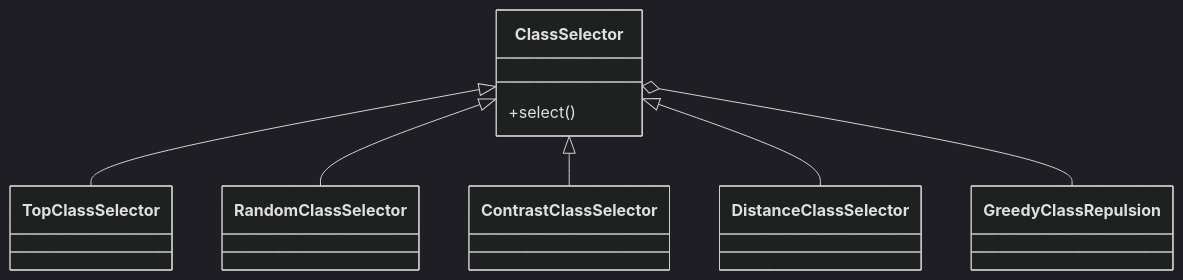
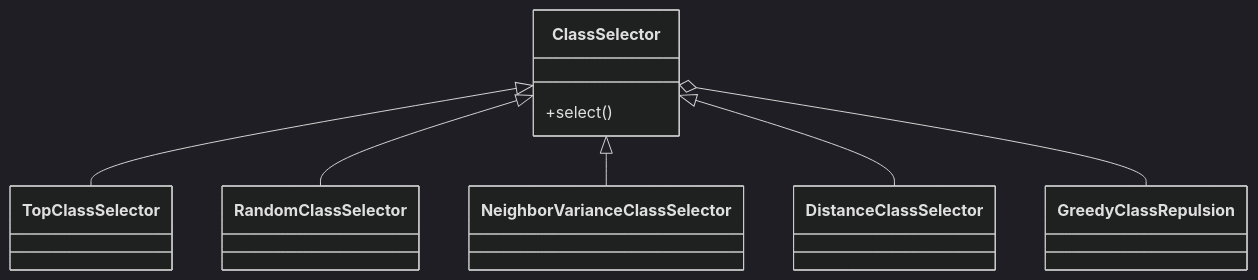
Before and after one commit to ComputationalCryoEM/ASPIRE-Python: the fourth of 6 diagrams in docs/source/class_source.rst, drawn with Mermaid (dark theme). The commit also changed 3 other files, not shown here.

Commit message:
Rename ContrastClassSelector NeighborVarianceClassSelector

```diff
--- a/docs/source/class_source.rst
+++ b/docs/source/class_source.rst
@@ -151,11 +151,11 @@
 .. mermaid::
 
    classDiagram
       class ClassSelector{
 	 +select()
 	 }
        ClassSelector <|-- TopClassSelector
        ClassSelector <|-- RandomClassSelector
-       ClassSelector <|-- ContrastClassSelector
+       ClassSelector <|-- NeighborVarianceClassSelector
        ClassSelector <|-- DistanceClassSelector
        ClassSelector o-- GreedyClassRepulsion
```
